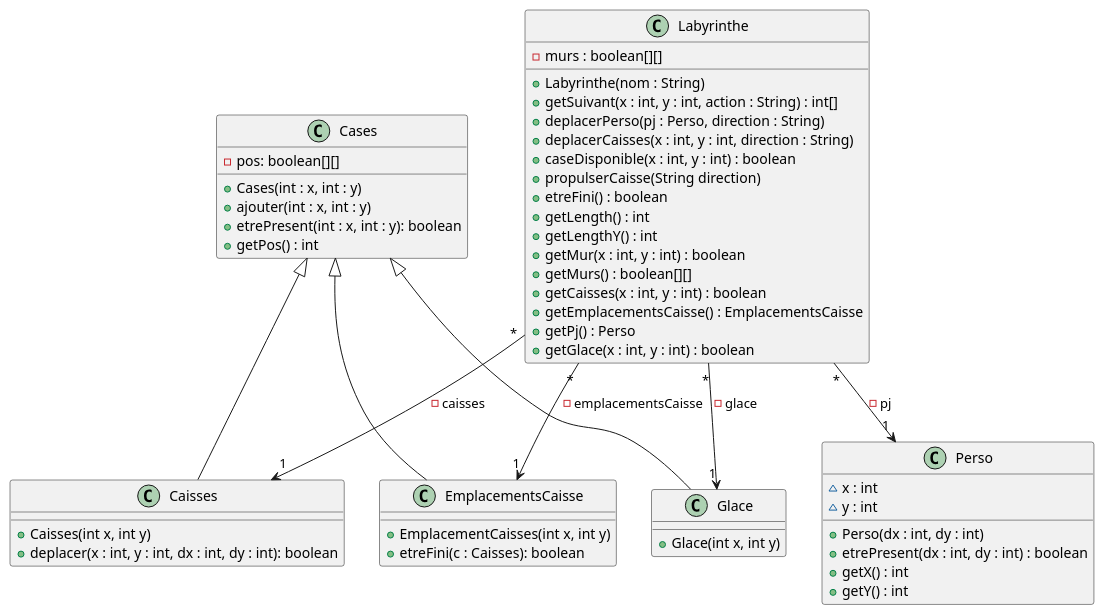
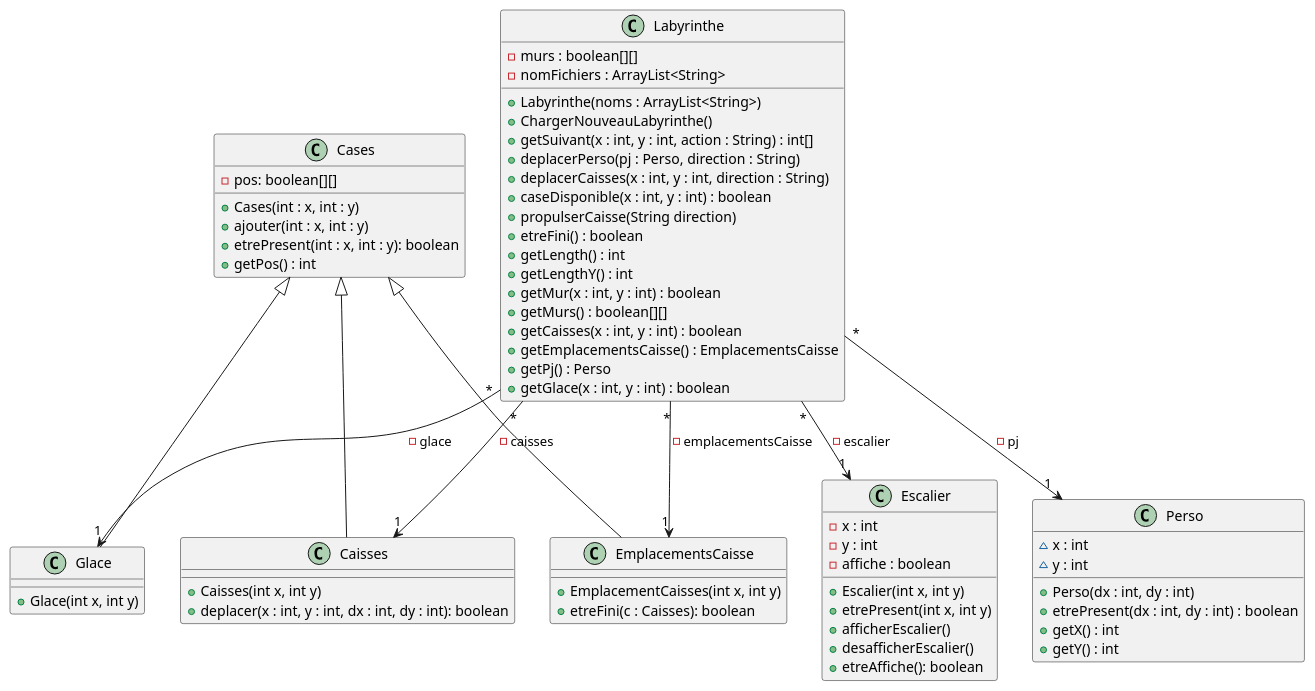
One commit to Flotss/Zeldiablo changed the diagram in documents/version_5/Modification du diagramme de classe de Labyrinthe.puml. Above: the diagram before and after it, drawn with PlantUML. The commit also changed 2 other files, not shown here.

Commit message:
ajout diagramme v5

```diff
--- a/documents/version_5/Modification du diagramme de classe de Labyrinthe.puml
+++ b/documents/version_5/Modification du diagramme de classe de Labyrinthe.puml
@@ -1,63 +1,79 @@
 @startuml
 
 class Labyrinthe{
     - murs : boolean[][]
-    + Labyrinthe(nom : String)
+    - nomFichiers : ArrayList<String>
+    + Labyrinthe(noms : ArrayList<String>)
+    + ChargerNouveauLabyrinthe()
     + getSuivant(x : int, y : int, action : String) : int[]
     + deplacerPerso(pj : Perso, direction : String)
     + deplacerCaisses(x : int, y : int, direction : String)
     + caseDisponible(x : int, y : int) : boolean
     + propulserCaisse(String direction)
     + etreFini() : boolean
     + getLength() : int
     + getLengthY() : int
     + getMur(x : int, y : int) : boolean
     + getMurs() : boolean[][]
     + getCaisses(x : int, y : int) : boolean
     + getEmplacementsCaisse() : EmplacementsCaisse
     + getPj() : Perso
     + getGlace(x : int, y : int) : boolean
 }
 
 class Cases{
     - pos: boolean[][]
     + Cases(int : x, int : y)
     + ajouter(int : x, int : y)
     + etrePresent(int : x, int : y): boolean
     + getPos() : int
 }
 
 class Caisses {
     + Caisses(int x, int y)
     + deplacer(x : int, y : int, dx : int, dy : int): boolean
 }
 
 class EmplacementsCaisse {
     + EmplacementCaisses(int x, int y)
     + etreFini(c : Caisses): boolean
 }
 
 class Glace {
     + Glace(int x, int y)
 }
 
 class Perso {
     ~ x : int
     ~ y : int
     + Perso(dx : int, dy : int)
     + etrePresent(dx : int, dy : int) : boolean
     + getX() : int
     + getY() : int
 }
+
+class Escalier {
+    - x : int
+    - y : int
+    - affiche : boolean
+    + Escalier(int x, int y)
+    + etrePresent(int x, int y)
+    + afficherEscalier()
+    + desafficherEscalier()
+    + etreAffiche(): boolean
+}
+
 Labyrinthe "*" --> "1" Perso : - pj
+
+Labyrinthe "*" --> "1" Escalier : - escalier
 
 Labyrinthe "*" --> "1" Caisses : - caisses
 
 Labyrinthe "*" --> "1" Glace : - glace
 
 Labyrinthe "*" --> "1" EmplacementsCaisse : - emplacementsCaisse
 
 Cases <|-- Caisses
 Cases <|-- EmplacementsCaisse
 Cases <|-- Glace
 @enduml
```
